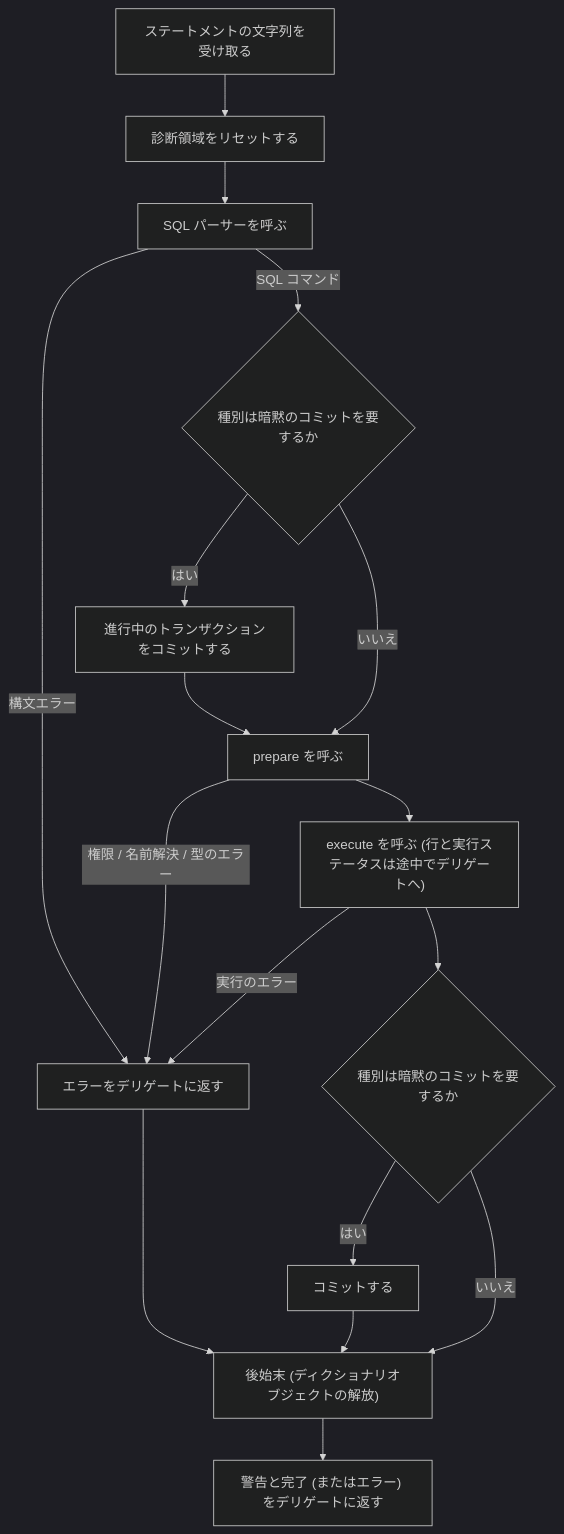
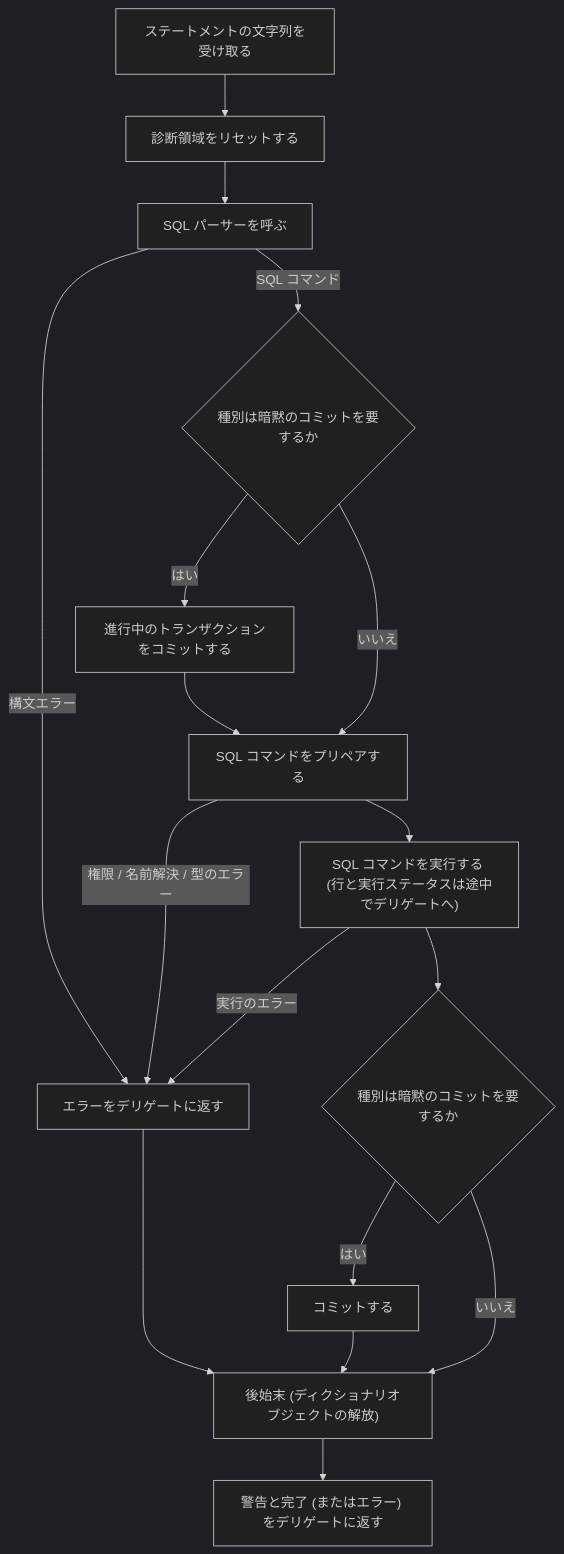
One commit to ren-yamanashi/minesql changed the second of 2 diagrams in docs/specification/004_session/internal_session.md. Above: the diagram before and after it, drawn with Mermaid (dark theme). The commit also changed other lines of this file and 4 other files, not shown here.

````diff
--- a/docs/specification/004_session/internal_session.md
+++ b/docs/specification/004_session/internal_session.md
@@ -96,19 +96,19 @@
 ```mermaid
 flowchart TD
     R["ステートメントの文字列を受け取る"] --> Z["診断領域をリセットする"]
     Z --> P["SQL パーサーを呼ぶ"]
     P -- "構文エラー" --> E["エラーをデリゲートに返す"]
     P -->|"SQL コマンド"| B{"種別は暗黙のコミットを要するか"}
     B -- "はい" --> C1["進行中のトランザクションをコミットする"]
     B -- "いいえ" --> PR
-    C1 --> PR["prepare を呼ぶ"]
+    C1 --> PR["SQL コマンドをプリペアする"]
     PR -- "権限 / 名前解決 / 型のエラー" --> E
-    PR --> EX["execute を呼ぶ (行と実行ステータスは途中でデリゲートへ)"]
+    PR --> EX["SQL コマンドを実行する (行と実行ステータスは途中でデリゲートへ)"]
     EX -- "実行のエラー" --> E
     EX --> C2{"種別は暗黙のコミットを要するか"}
     C2 -- "はい" --> C3["コミットする"]
     C2 -- "いいえ" --> F
     C3 --> F["後始末 (ディクショナリオブジェクトの解放)"]
     E --> F
     F --> W["警告と完了 (またはエラー) をデリゲートに返す"]
 ```
````
